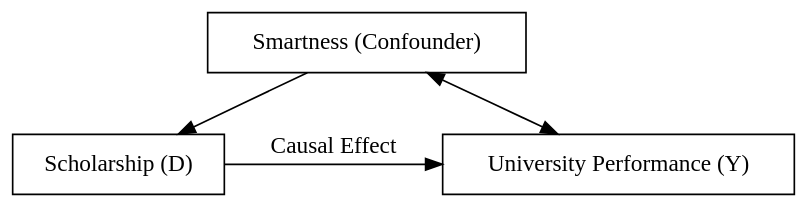
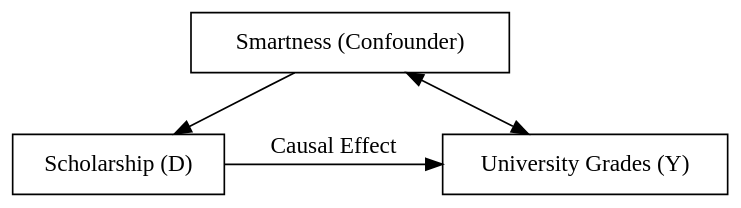
Before and after one commit to kevinli03/pspe: the second of 3 diagrams in randomisation.qmd, drawn with Graphviz. The commit also changed other lines of this file and 66 other files, not shown here.

````diff
--- a/randomisation.qmd
+++ b/randomisation.qmd
@@ -33,19 +33,19 @@
 ```{dot}
 //| fig-width: 4
 //| fig-height: 1.1
 digraph example2 {
   bgcolor="transparent";
   // Nodes
   D [shape=box, pos = "0,0!", label="Scholarship (D)"]
   X [shape=box, pos = "2,0!", label="Smartness (Confounder)"]
-  Y [shape=box, pos = "1,-1!", label="University Performance (Y)"]
+  Y [shape=box, pos = "1,-1!", label="University Grades (Y)"]
 
   // Edges
   {rank=same; D -> Y [label="Causal Effect"]}
   X -> D
   X -> Y [dir=both]
   
   graph [nodesep=0.5, ranksep=0.5]
 
 }
 ```
````
